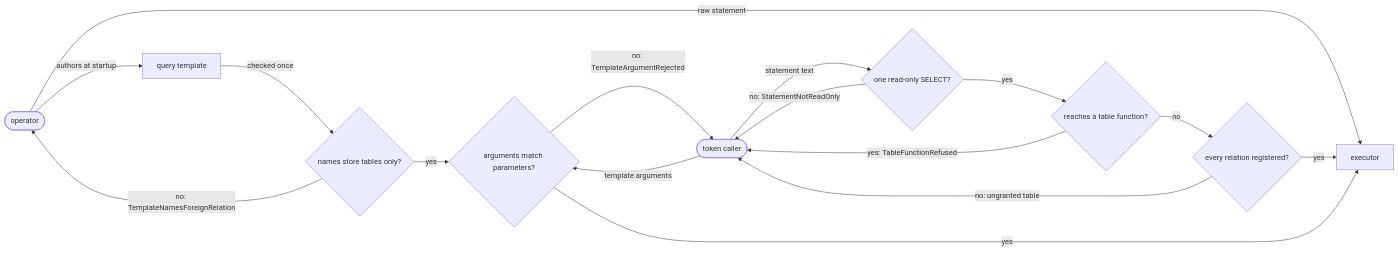
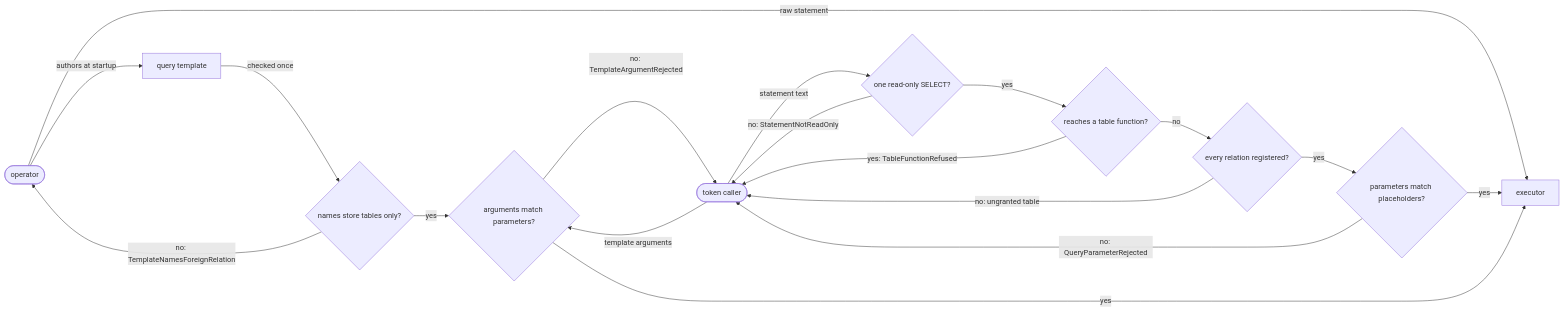
The second of 5 diagrams in spec/20-read.md (fractalboxdev/contextful), drawn with Mermaid before and after one commit. The commit also changed other lines of this file and 11 other files, not shown here.

First line of the commit message:
read: context.query binds typed parameters through the template typing

````diff
--- a/spec/20-read.md
+++ b/spec/20-read.md
@@ -124,18 +126,20 @@
 ```mermaid
 flowchart LR
   OPR(["operator"]) -->|"raw statement"| EXEC["executor"]
   TOK(["token caller"]) -->|"statement text"| ONE{"one read-only SELECT?"}
   ONE -->|"no: StatementNotReadOnly"| TOK
   ONE -->|"yes"| TF{"reaches a table function?"}
   TF -->|"yes: TableFunctionRefused"| TOK
   TF -->|"no"| REL{"every relation registered?"}
   REL -->|"no: ungranted table"| TOK
-  REL -->|"yes"| EXEC
+  REL -->|"yes"| PAR{"parameters match placeholders?"}
+  PAR -->|"no: QueryParameterRejected"| TOK
+  PAR -->|"yes"| EXEC
   OPR -->|"authors at startup"| TPL["query template"]
   TPL -->|"checked once"| START{"names store tables only?"}
   START -->|"no: TemplateNamesForeignRelation"| OPR
   START -->|"yes"| BIND{"arguments match parameters?"}
   TOK -->|"template arguments"| BIND
   BIND -->|"no: TemplateArgumentRejected"| TOK
   BIND -->|"yes"| EXEC
 ```
````
